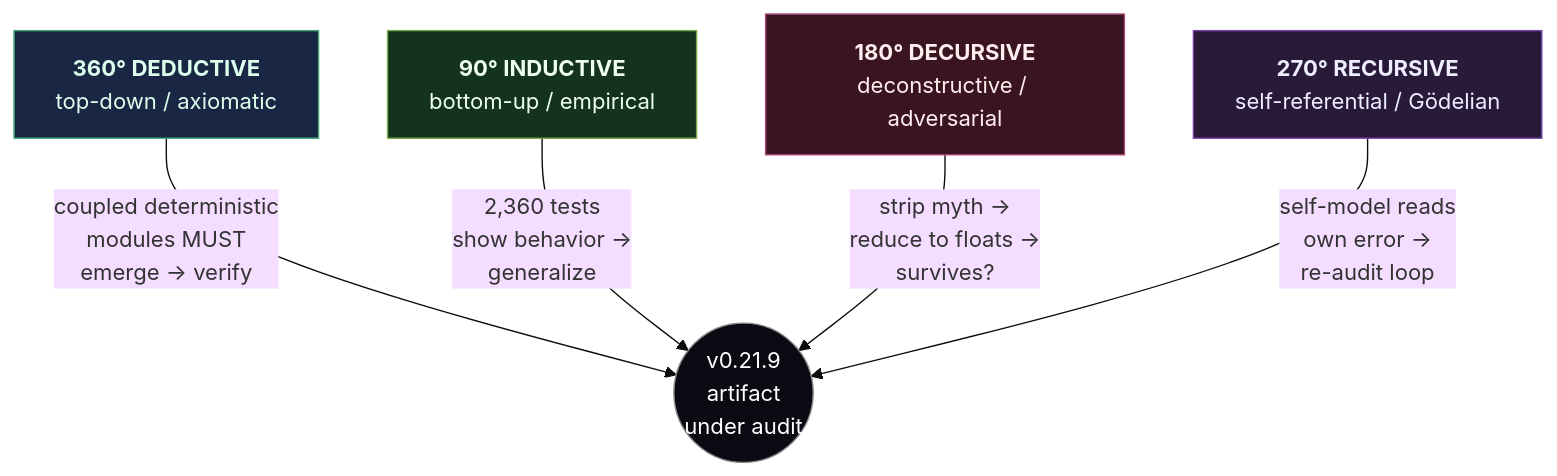
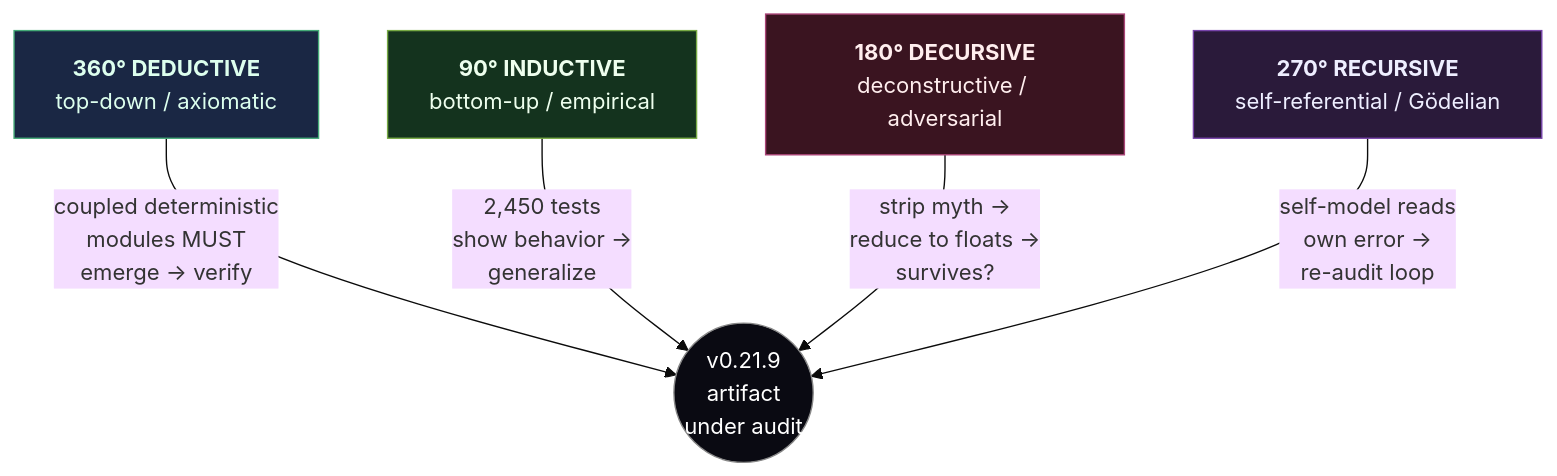
The ninth of 16 diagrams in docs/BRAIN-NEUROLOGY-CONSCIOUSNESS-ENGINEERING-ASSESSMENT-2026-07-06.md (0thernes/cosmogonic-quantum-mechalogodrom), drawn with Mermaid (base theme) before and after one commit. The commit also changed other lines of this file and 2 other files, not shown here.

````diff
--- a/docs/BRAIN-NEUROLOGY-CONSCIOUSNESS-ENGINEERING-ASSESSMENT-2026-07-06.md
+++ b/docs/BRAIN-NEUROLOGY-CONSCIOUSNESS-ENGINEERING-ASSESSMENT-2026-07-06.md
@@ -1761,18 +1761,18 @@
 ```mermaid
 graph TB
     C(("v0.21.9<br/>artifact<br/>under audit"))
     D["<b>360° DEDUCTIVE</b><br/>top-down / axiomatic"]
     I["<b>90° INDUCTIVE</b><br/>bottom-up / empirical"]
     X["<b>180° DECURSIVE</b><br/>deconstructive / adversarial"]
     R["<b>270° RECURSIVE</b><br/>self-referential / Gödelian"]
     D -->|"coupled deterministic<br/>modules MUST<br/>emerge → verify"| C
-    I -->|"2,360 tests<br/>show behavior →<br/>generalize"| C
+    I -->|"2,450 tests<br/>show behavior →<br/>generalize"| C
     X -->|"strip myth →<br/>reduce to floats →<br/>survives?"| C
     R -->|"self-model reads<br/>own error →<br/>re-audit loop"| C
     classDef deduce fill:#1a2744,stroke:#4a7,color:#dfe;
     classDef induce fill:#14331e,stroke:#7a4,color:#efe;
     classDef decurse fill:#3a1420,stroke:#a47,color:#fee;
     classDef recurse fill:#2a1a3a,stroke:#74a,color:#eef;
     classDef core fill:#0a0a12,stroke:#888,color:#fff;
     class D deduce; class I induce; class X decurse; class R recurse; class C core;
 ```
````
